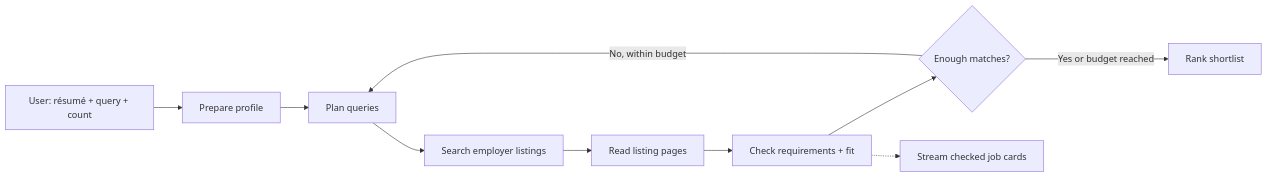
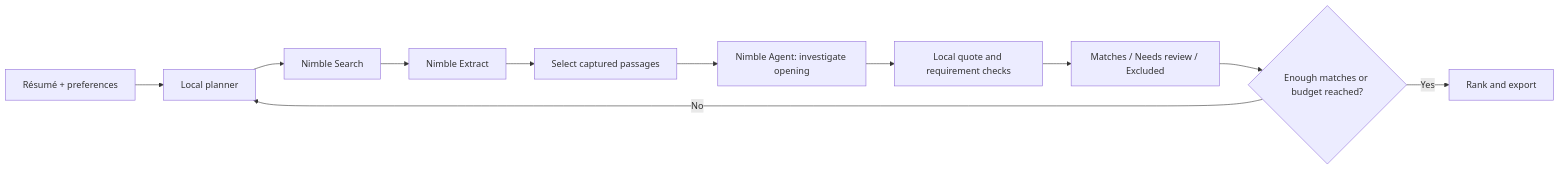
The diagram in README.md (ojusave/nimble-proof-agent), drawn with Mermaid before and after one commit. The commit also changed other lines of this file and 86 other files, not shown here.

````diff
--- a/README.md
+++ b/README.md
@@ -32,12 +87,13 @@
 ```mermaid
 flowchart LR
-    U[User: résumé + query + count] --> P[Prepare profile]
-    P --> Q[Plan queries]
-    Q --> S[Search employer listings]
-    S --> E[Read listing pages]
-    E --> M[Check requirements + fit]
-    M --> D{Enough matches?}
-    D -->|No, within budget| Q
-    D -->|Yes or budget reached| R[Rank shortlist]
-    M -.-> C[Stream checked job cards]
+    U[Résumé + preferences] --> P[Local planner]
+    P --> S[Nimble Search]
+    S --> E[Nimble Extract]
+    E --> C[Select captured passages]
+    C --> A[Nimble Agent: investigate opening]
+    A --> V[Local quote and requirement checks]
+    V --> R[Matches / Needs review / Excluded]
+    R --> B{Enough matches or budget reached?}
+    B -->|No| P
+    B -->|Yes| F[Rank and export]
 ```
````
